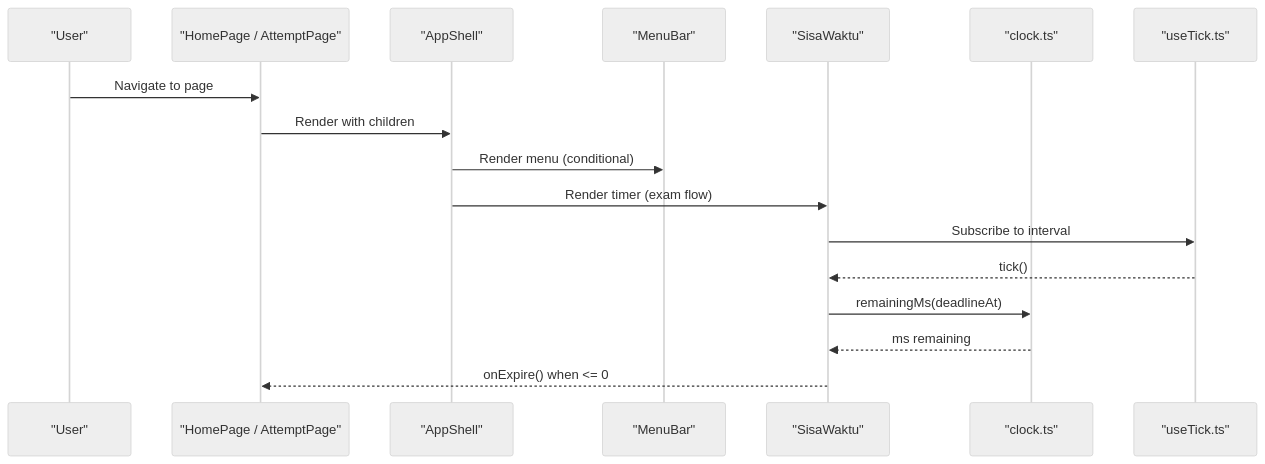
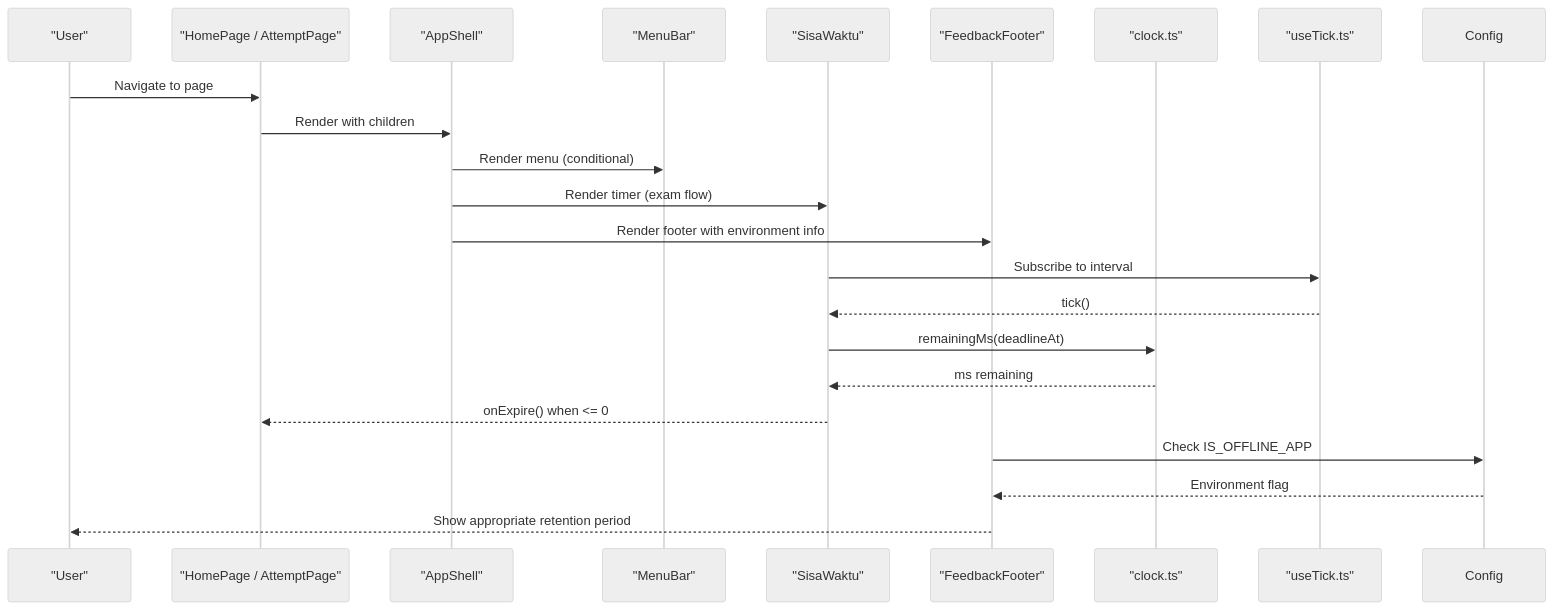
The second of 3 diagrams in .qoder/repowiki/en/content/Frontend Application/UI Components.md (muhammadhabibullah/tbs-lpdp), drawn with Mermaid (neutral theme) before and after one commit. The commit also changed other lines of this file and 3 other files, not shown here.

Commit message:
feat(feedback-footer): add environment-aware retention period messaging

````diff
--- a/.qoder/repowiki/en/content/Frontend Application/UI Components.md
+++ b/.qoder/repowiki/en/content/Frontend Application/UI Components.md
@@ -113,19 +125,24 @@
 ```mermaid
 sequenceDiagram
 participant User as "User"
 participant Page as "HomePage / AttemptPage"
 participant Shell as "AppShell"
 participant Nav as "MenuBar"
 participant Timer as "SisaWaktu"
+participant Footer as "FeedbackFooter"
 participant Clock as "clock.ts"
 participant Tick as "useTick.ts"
 User->>Page : Navigate to page
 Page->>Shell : Render with children
 Shell->>Nav : Render menu (conditional)
 Shell->>Timer : Render timer (exam flow)
+Shell->>Footer : Render footer with environment info
 Timer->>Tick : Subscribe to interval
 Tick-->>Timer : tick()
 Timer->>Clock : remainingMs(deadlineAt)
 Clock-->>Timer : ms remaining
 Timer-->>Page : onExpire() when <= 0
+Footer->>Config : Check IS_OFFLINE_APP
+Config-->>Footer : Environment flag
+Footer-->>User : Show appropriate retention period
 ```
````
